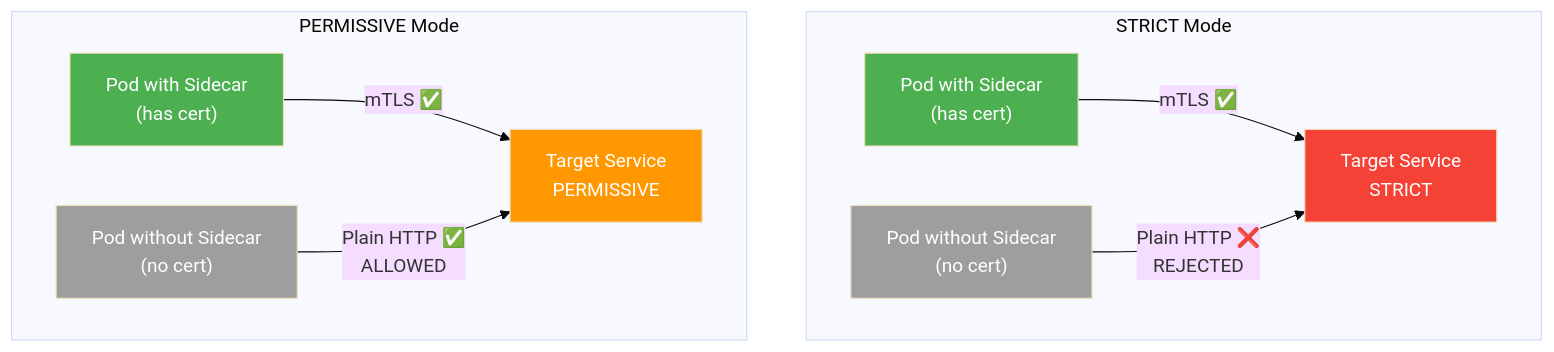
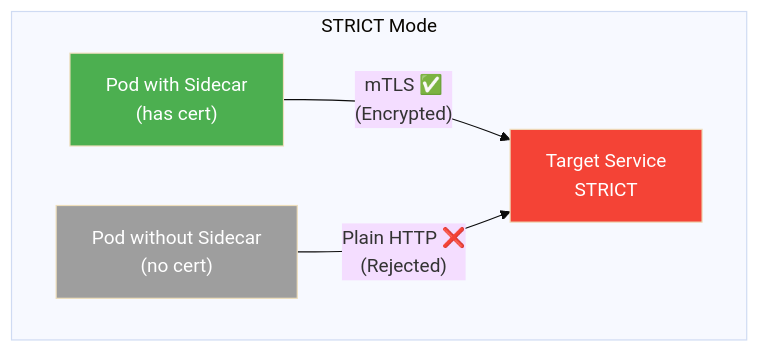
Before and after one commit to selvakumarperumal/istio_learn: the fourth of 10 diagrams in examples/07-mtls/diagram.md, drawn with Mermaid (base theme). The commit also changed other lines of this file, not shown here.

Commit message:
docs: enrich mTLS diagrams with Permissive, Strict and Disable modes

````diff
--- a/examples/07-mtls/diagram.md
+++ b/examples/07-mtls/diagram.md
@@ -58,25 +90,15 @@
 ```mermaid
 graph TB
     subgraph "STRICT Mode"
         S_WITH["Pod with Sidecar<br/>(has cert)"]
         S_WITHOUT["Pod without Sidecar<br/>(no cert)"]
         S_TARGET["Target Service<br/>STRICT"]
-        S_WITH -->|"mTLS ✅"| S_TARGET
-        S_WITHOUT -->|"Plain HTTP ❌<br/>REJECTED"| S_TARGET
-    end
-
-    subgraph "PERMISSIVE Mode"
-        P_WITH["Pod with Sidecar<br/>(has cert)"]
-        P_WITHOUT["Pod without Sidecar<br/>(no cert)"]
-        P_TARGET["Target Service<br/>PERMISSIVE"]
-        P_WITH -->|"mTLS ✅"| P_TARGET
-        P_WITHOUT -->|"Plain HTTP ✅<br/>ALLOWED"| P_TARGET
+        
+        S_WITH -->|"mTLS ✅<br/>(Encrypted)"| S_TARGET
+        S_WITHOUT -->|"Plain HTTP ❌<br/>(Rejected)"| S_TARGET
     end
 
     style S_TARGET fill:#f44336,color:#fff
-    style P_TARGET fill:#FF9800,color:#fff
     style S_WITH fill:#4CAF50,color:#fff
-    style P_WITH fill:#4CAF50,color:#fff
     style S_WITHOUT fill:#9E9E9E,color:#fff
-    style P_WITHOUT fill:#9E9E9E,color:#fff
 ```
````
